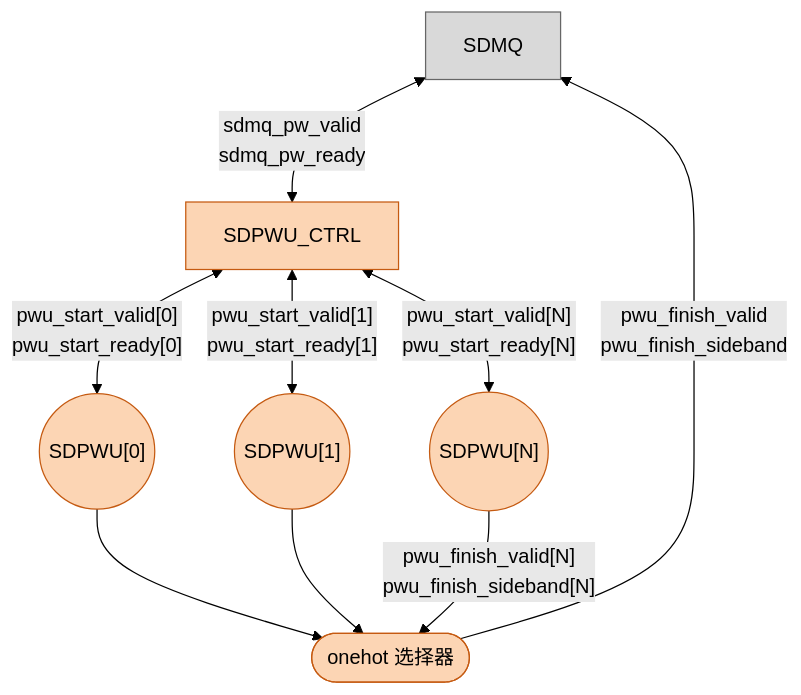
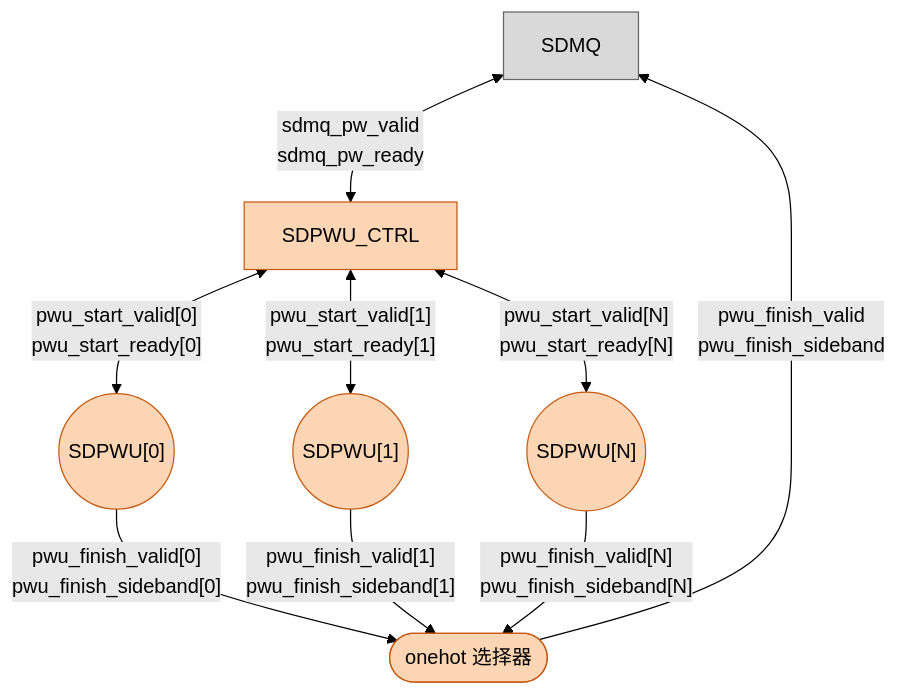
The third of 8 diagrams in doc/design_plan/SDecoder 设计方案 v1.0.md (DuBirdFly/C1_SDecoder), drawn with Mermaid (forest theme) before and after one commit. The commit also changed other lines of this file, not shown here.

First line of the commit message:
docs(design): 补 SDMQ 发起 Page Walk 小节, SDPWU_CTRL 图补齐 finish 信号

````diff
--- a/doc/design_plan/SDecoder 设计方案 v1.0.md
+++ b/doc/design_plan/SDecoder 设计方案 v1.0.md
@@ -315,21 +315,21 @@
 ```mermaid
 flowchart TD
     SDMQ["SDMQ"]
     CTRL["SDPWU_CTRL"]
     SDPWU0(("SDPWU[0]"))
     SDPWU1(("SDPWU[1]"))
     SDPWUN(("SDPWU[N]"))
     SEL(["onehot 选择器"])
     SDMQ <-->|"sdmq_pw_valid<br/>sdmq_pw_ready"| CTRL
     CTRL <-->|"pwu_start_valid[0]<br/>pwu_start_ready[0]"| SDPWU0
     CTRL <-->|"pwu_start_valid[1]<br/>pwu_start_ready[1]"| SDPWU1
     CTRL <-->|"pwu_start_valid[N]<br/>pwu_start_ready[N]"| SDPWUN
-    SDPWU0 --> SEL
-    SDPWU1 --> SEL
+    SDPWU0 -->|"pwu_finish_valid[0]<br/>pwu_finish_sideband[0]"| SEL
+    SDPWU1 -->|"pwu_finish_valid[1]<br/>pwu_finish_sideband[1]"| SEL
     SDPWUN -->|"pwu_finish_valid[N]<br/>pwu_finish_sideband[N]"| SEL
     SEL -->|"pwu_finish_valid<br/>pwu_finish_sideband"| SDMQ
     classDef gray fill:#d9d9d9,stroke:#666666,color:#000000
     classDef orange fill:#fcd5b4,stroke:#c55a11,color:#000000
     class SDMQ gray
     class CTRL,SDPWU0,SDPWU1,SDPWUN,SEL orange
 ```
````
